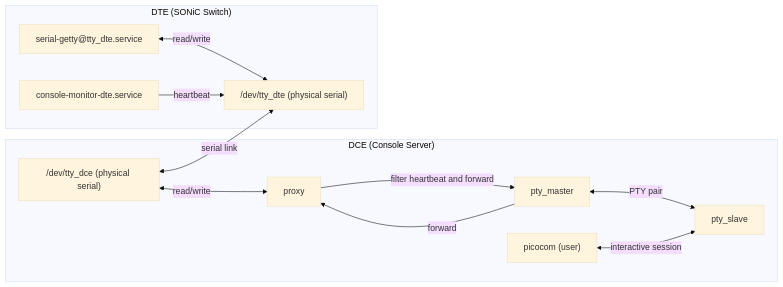
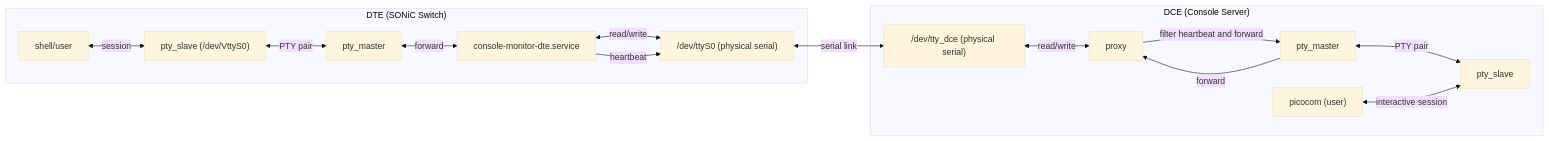
Before and after one commit to wiperi/consoled: the first of 4 diagrams in docs/Console-Monitor-HLD-CN.md, drawn with Mermaid (base theme). The commit also changed other lines of this file and 1 other file, not shown here.

Commit message:
feat: dte now support creating pty pair, check configg db for heartbeat

````diff
--- a/docs/Console-Monitor-HLD-CN.md
+++ b/docs/Console-Monitor-HLD-CN.md
@@ -73,30 +73,35 @@
 ```mermaid
 flowchart LR
   subgraph DCE["DCE (Console Server)"]
     proxy_dce["proxy"]
     picocom["picocom (user)"]
-    pty_master["pty_master"]
-    pty_slave["pty_slave"]
+    pty_master_dce["pty_master"]
+    pty_slave_dce["pty_slave"]
     TTY_DCE["/dev/tty_dce (physical serial)"]
   end
 
   subgraph DTE["DTE (SONiC Switch)"]
-    serial_getty["serial-getty@tty_dte.service"]
-    hb_sender["console-monitor-dte.service"]
-    TTY_DTE["/dev/tty_dte (physical serial)"]
+    shell["shell/user"]
+    pty_slave_dte["pty_slave (/dev/VttyS0)"]
+    pty_master_dte["pty_master"]
+    proxy_dte["console-monitor-dte.service"]
+    TTY_DTE["/dev/ttyS0 (physical serial)"]
   end
 
-  %% DTE side: services attached to the physical serial
-  serial_getty <-- read/write --> TTY_DTE
-  hb_sender -- heartbeat --> TTY_DTE
+  %% DTE side: proxy owns serial, creates PTY, sends heartbeat
+  shell <-- session --> pty_slave_dte
+  pty_slave_dte <-- PTY pair --> pty_master_dte
+  pty_master_dte <-- forward --> proxy_dte
+  proxy_dte <-- read/write --> TTY_DTE
+  proxy_dte -- heartbeat --> TTY_DTE
 
   %% physical link
-  TTY_DCE <-- serial link --> TTY_DTE
+  TTY_DTE <-- serial link --> TTY_DCE
 
   %% DCE side: proxy owns serial, filters RX, bridges to PTY for user tools
   TTY_DCE <-- read/write --> proxy_dce
-  proxy_dce -- filter heartbeat and forward --> pty_master
-  pty_master -- forward --> proxy_dce
-  pty_master <-- PTY pair --> pty_slave
-  picocom <-- interactive session --> pty_slave
+  proxy_dce -- filter heartbeat and forward --> pty_master_dce
+  pty_master_dce -- forward --> proxy_dce
+  pty_master_dce <-- PTY pair --> pty_slave_dce
+  picocom <-- interactive session --> pty_slave_dce
 ```
````
